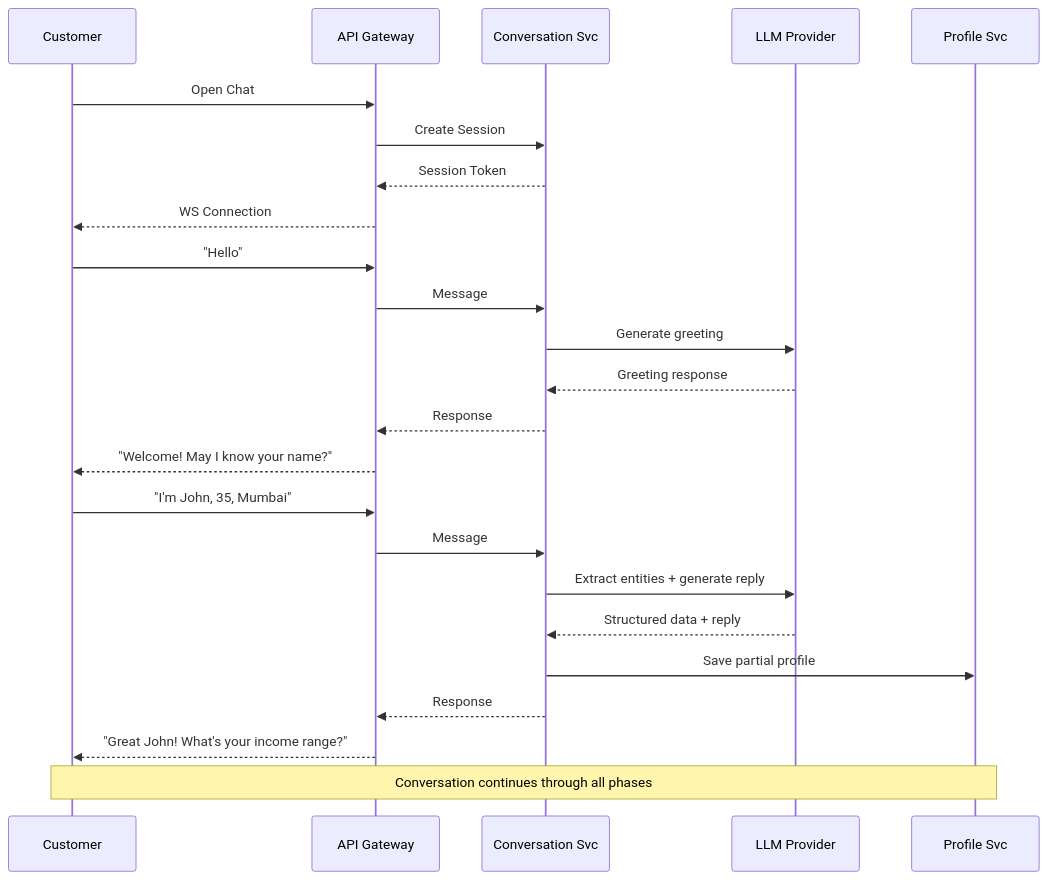
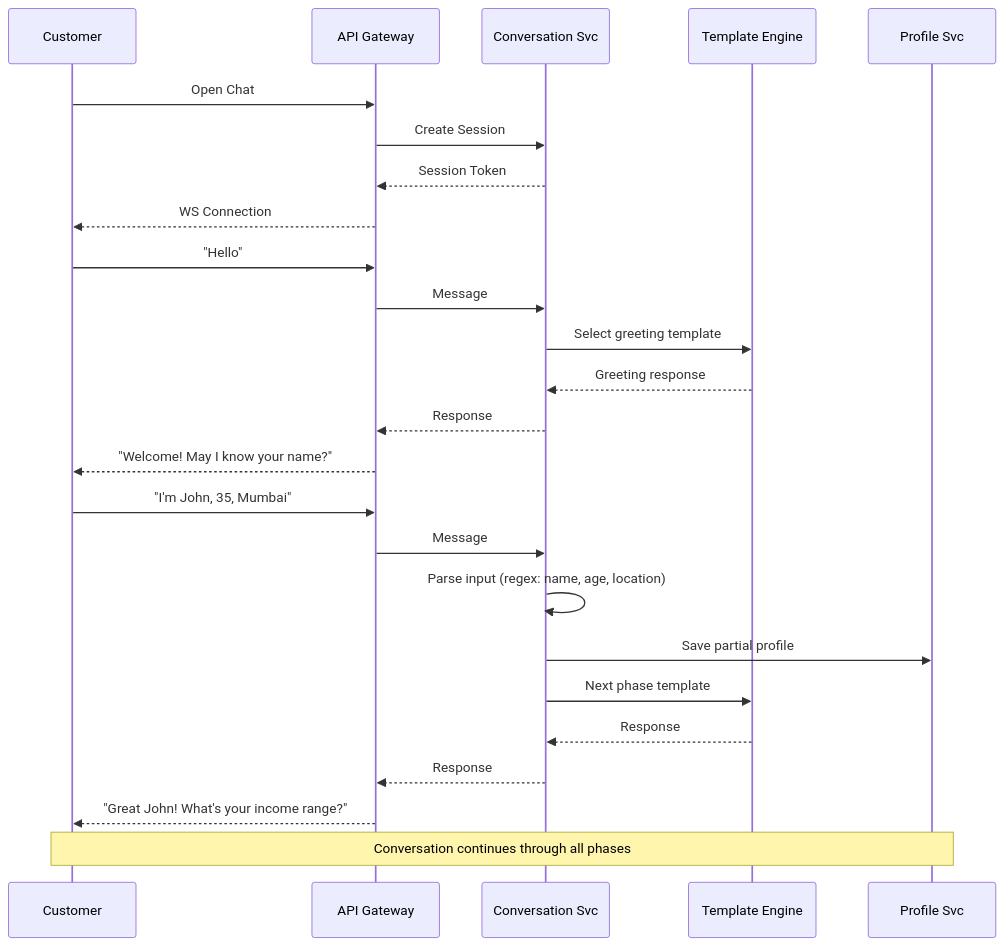
The second of 14 diagrams in docs/design/02-high-level-design.md (Cognition-Partner-Workshops/uc-framework-upgrade-monolith-to-microservices), drawn with Mermaid before and after one commit. The commit also changed other lines of this file and 4 other files, not shown here.

````diff
--- a/docs/design/02-high-level-design.md
+++ b/docs/design/02-high-level-design.md
@@ -178,30 +167,31 @@
 ```mermaid
 sequenceDiagram
     participant C as Customer
     participant GW as API Gateway
     participant CS as Conversation Svc
-    participant LLM as LLM Provider
+    participant TE as Template Engine
     participant PS as Profile Svc
 
     C->>GW: Open Chat
     GW->>CS: Create Session
     CS-->>GW: Session Token
     GW-->>C: WS Connection
 
     C->>GW: "Hello"
     GW->>CS: Message
-    CS->>LLM: Generate greeting
-    LLM-->>CS: Greeting response
+    CS->>TE: Select greeting template
+    TE-->>CS: Greeting response
     CS-->>GW: Response
     GW-->>C: "Welcome! May I know your name?"
 
     C->>GW: "I'm John, 35, Mumbai"
     GW->>CS: Message
-    CS->>LLM: Extract entities + generate reply
-    LLM-->>CS: Structured data + reply
+    CS->>CS: Parse input (regex: name, age, location)
     CS->>PS: Save partial profile
+    CS->>TE: Next phase template
+    TE-->>CS: Response
     CS-->>GW: Response
     GW-->>C: "Great John! What's your income range?"
 
     Note over C,PS: Conversation continues through all phases
 ```
````
